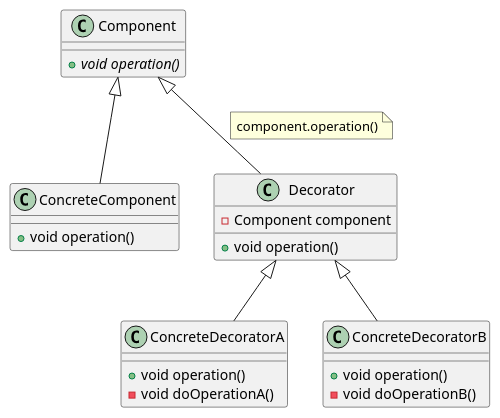
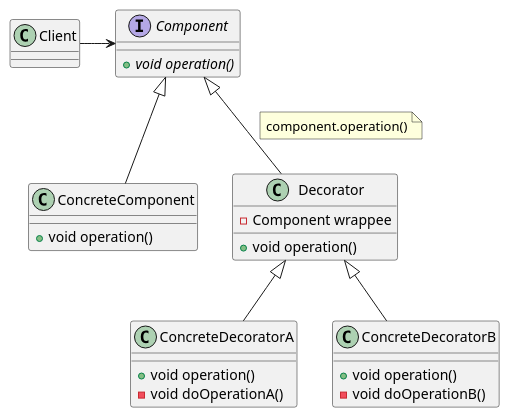
Before and after one commit to ohtaeg/TIL: the diagram in design-pattern/src/chapter10_decorator/uml/decorator.puml, drawn with PlantUML. The commit also changed 2 other files, not shown here.

```diff
--- a/design-pattern/src/chapter10_decorator/uml/decorator.puml
+++ b/design-pattern/src/chapter10_decorator/uml/decorator.puml
@@ -1,27 +1,28 @@
 @startuml
-class Component {
+interface Component {
     + {abstract} void operation()
 }
 
 class ConcreteComponent extends Component {
     + void operation()
 }
 
 class Decorator extends Component {
-    - Component component
+    - Component wrappee
     + void operation()
 }
 note on link : component.operation()
 
 class ConcreteDecoratorA extends Decorator {
     + void operation()
     - void doOperationA()
 }
 
 class ConcreteDecoratorB extends Decorator {
     + void operation()
     - void doOperationB()
 }
 
+Client -right-> Component
 
 @enduml
```
